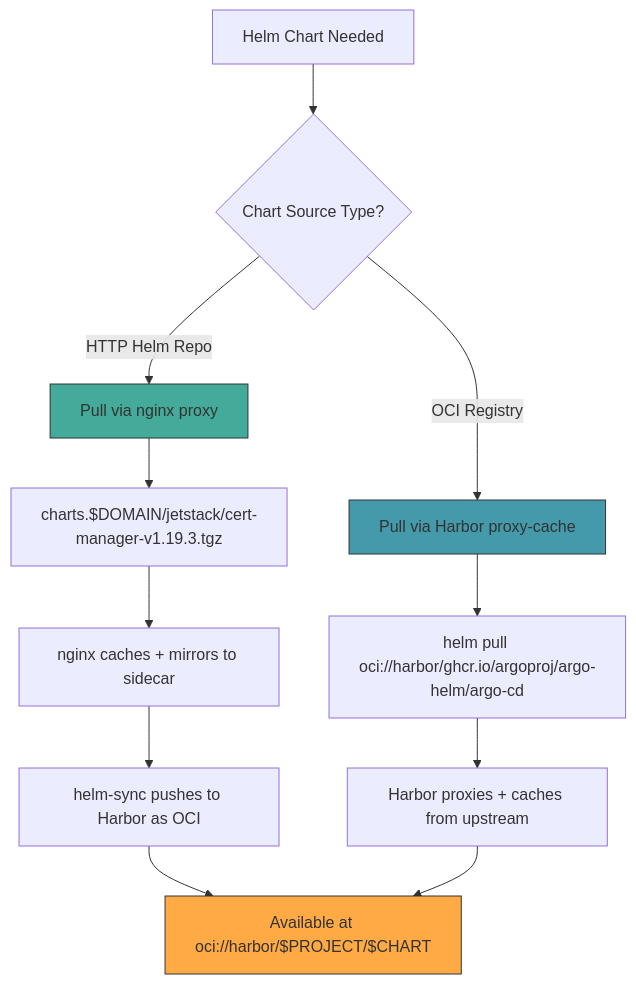
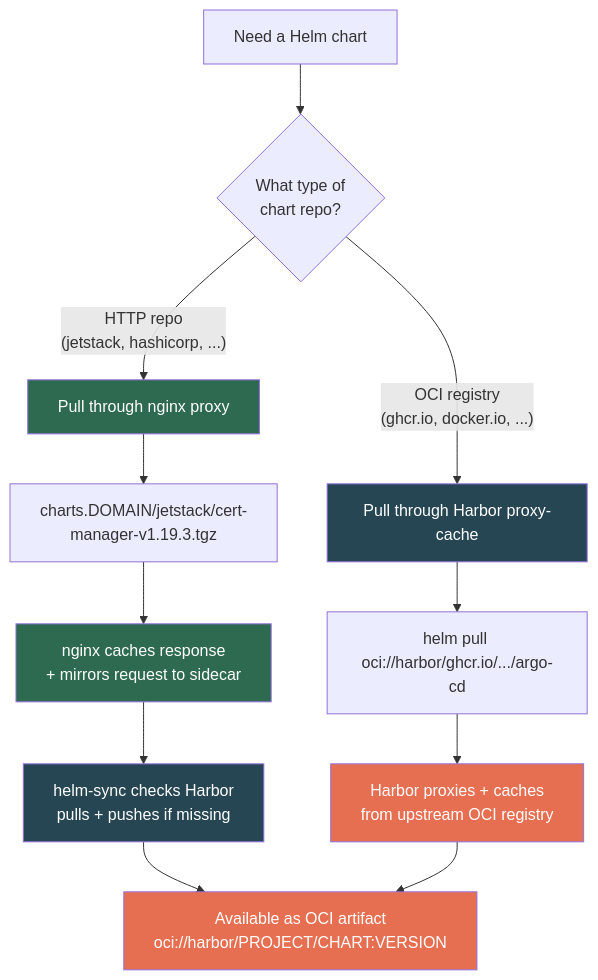
The fifth of 6 diagrams in README.md (derhornspieler/harvester-helm-harbor-sync), drawn with Mermaid before and after one commit. The commit also changed other lines of this file, not shown here.

First line of the commit message:
docs: rewrite mermaid diagrams for both deployment models

````diff
--- a/README.md
+++ b/README.md
@@ -66,19 +151,22 @@
 ```mermaid
 flowchart TD
-    A[Helm Chart Needed] --> B{Chart Source Type?}
+    A["Need a Helm chart"] --> B{"What type of<br/>chart repo?"}
 
-    B -->|HTTP Helm Repo| C[Pull via nginx proxy]
-    C --> D[charts.$DOMAIN/jetstack/cert-manager-v1.19.3.tgz]
-    D --> E[nginx caches + mirrors to sidecar]
-    E --> F[helm-sync pushes to Harbor as OCI]
-    F --> G[Available at oci://harbor/$PROJECT/$CHART]
+    B -->|"HTTP repo<br/>(jetstack, hashicorp, ...)"| C["Pull through nginx proxy"]
+    C --> D["charts.DOMAIN/jetstack/cert-manager-v1.19.3.tgz"]
+    D --> E["nginx caches response<br/>+ mirrors request to sidecar"]
+    E --> F["helm-sync checks Harbor<br/>pulls + pushes if missing"]
+    F --> G["Available as OCI artifact<br/>oci://harbor/PROJECT/CHART:VERSION"]
 
-    B -->|OCI Registry| H[Pull via Harbor proxy-cache]
-    H --> I[helm pull oci://harbor/ghcr.io/argoproj/argo-helm/argo-cd]
-    I --> J[Harbor proxies + caches from upstream]
+    B -->|"OCI registry<br/>(ghcr.io, docker.io, ...)"| H["Pull through Harbor proxy-cache"]
+    H --> I["helm pull oci://harbor/ghcr.io/.../argo-cd"]
+    I --> J["Harbor proxies + caches<br/>from upstream OCI registry"]
     J --> G
 
-    style C fill:#4a9,stroke:#333
-    style H fill:#49a,stroke:#333
-    style G fill:#fa4,stroke:#333
+    style C fill:#2d6a4f,color:#fff
+    style H fill:#264653,color:#fff
+    style G fill:#e76f51,color:#fff
+    style E fill:#2d6a4f,color:#fff
+    style F fill:#264653,color:#fff
+    style J fill:#e76f51,color:#fff
 ```
````
